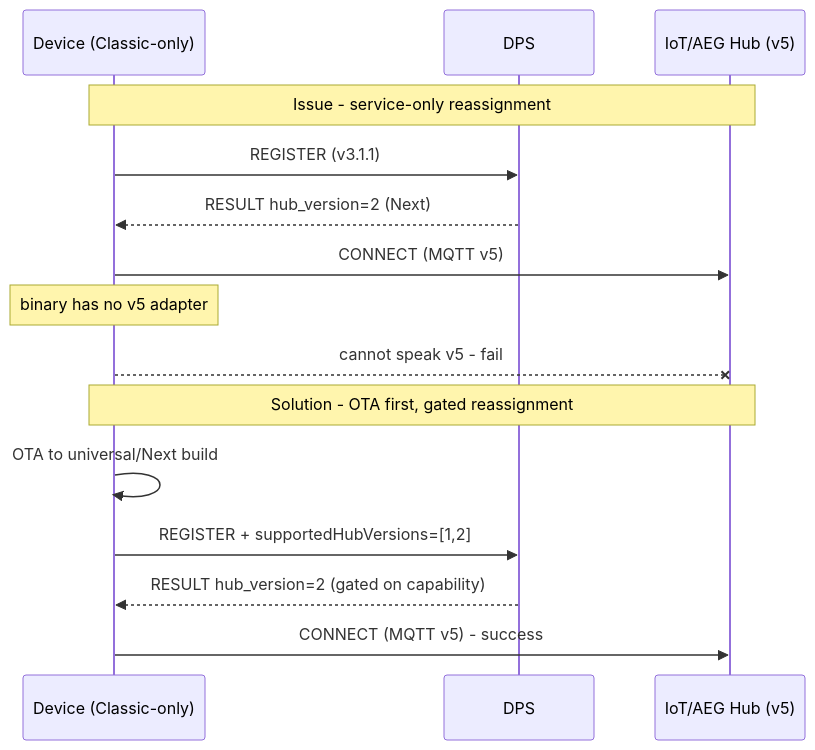
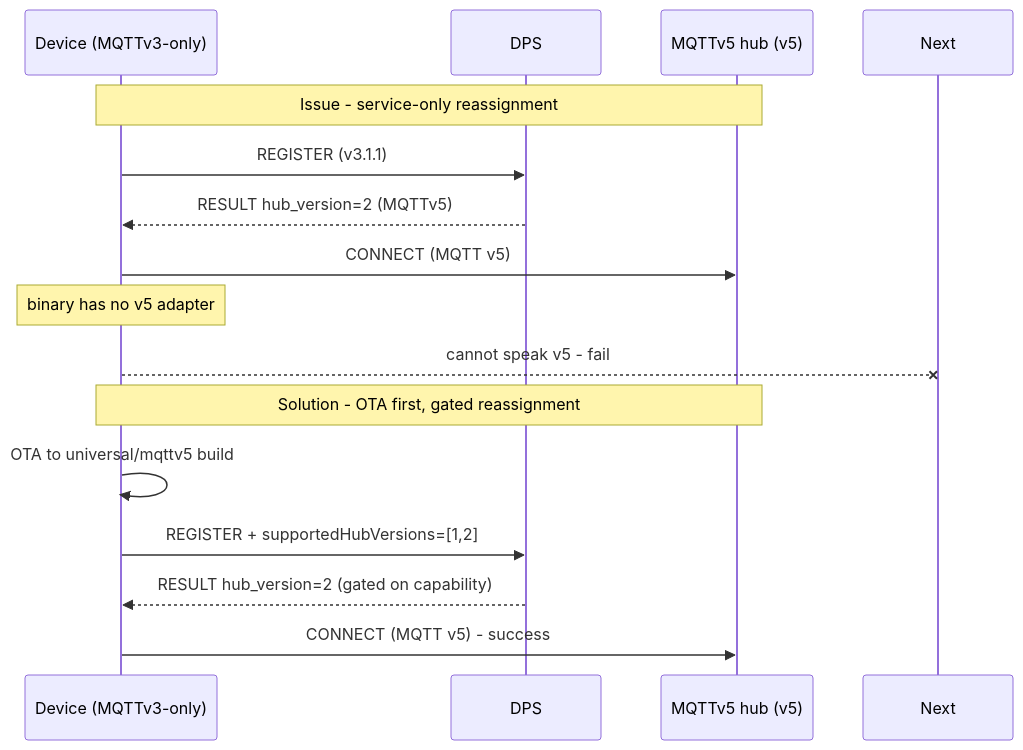
The second of 20 diagrams in c/docs/eng/split-client.md (Azure/azure-iot-sdk), drawn with Mermaid before and after one commit. The commit also changed other lines of this file and 98 other files, not shown here.

````diff
--- a/c/docs/eng/split-client.md
+++ b/c/docs/eng/split-client.md
@@ -129,19 +129,19 @@
 ```mermaid
 sequenceDiagram
-    participant Dev as Device (Classic-only)
+    participant Dev as Device (MQTTv3-only)
     participant DPS
-    participant Next as IoT/AEG Hub (v5)
+    participant MQTTv5 as MQTTv5 hub (v5)
 
-    Note over Dev,Next: Issue - service-only reassignment
+    Note over Dev,MQTTv5: Issue - service-only reassignment
     Dev->>DPS: REGISTER (v3.1.1)
-    DPS-->>Dev: RESULT hub_version=2 (Next)
-    Dev->>Next: CONNECT (MQTT v5)
+    DPS-->>Dev: RESULT hub_version=2 (MQTTv5)
+    Dev->>MQTTv5: CONNECT (MQTT v5)
     Note over Dev: binary has no v5 adapter
     Dev--xNext: cannot speak v5 - fail
 
-    Note over Dev,Next: Solution - OTA first, gated reassignment
-    Dev->>Dev: OTA to universal/Next build
+    Note over Dev,MQTTv5: Solution - OTA first, gated reassignment
+    Dev->>Dev: OTA to universal/mqttv5 build
     Dev->>DPS: REGISTER + supportedHubVersions=[1,2]
     DPS-->>Dev: RESULT hub_version=2 (gated on capability)
-    Dev->>Next: CONNECT (MQTT v5) - success
+    Dev->>MQTTv5: CONNECT (MQTT v5) - success
 ```
````
